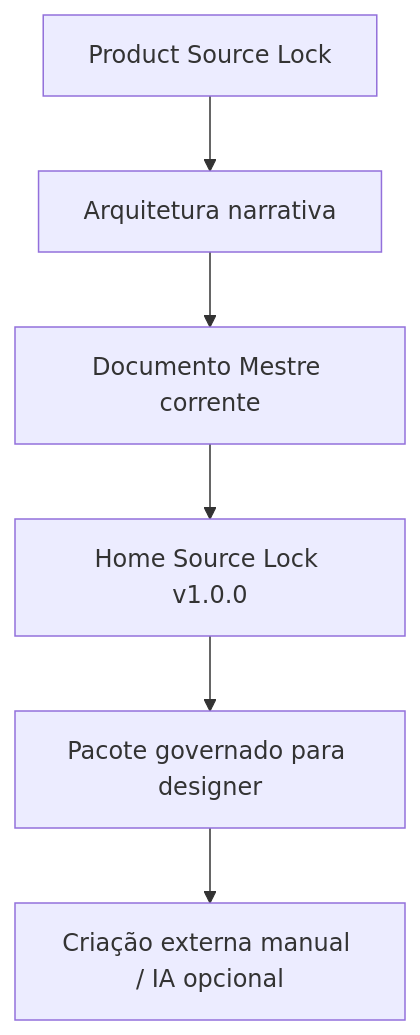
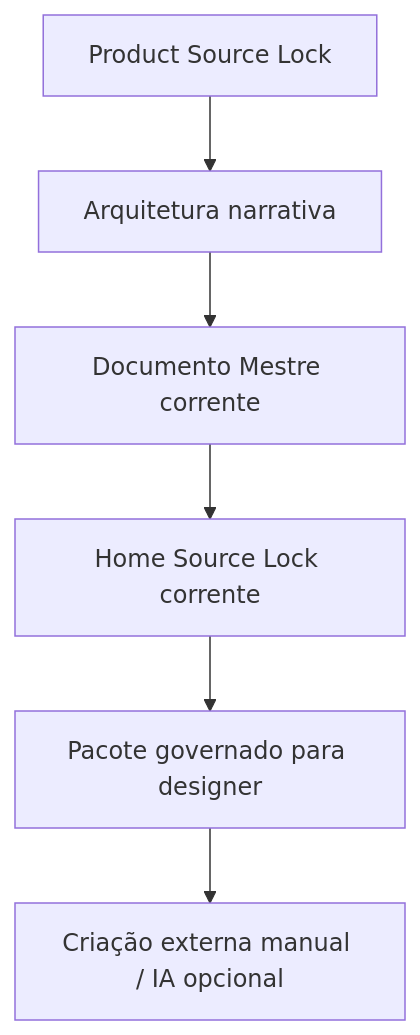
Before and after one commit to guivos-repositorio/Guivos-Knowledge-Repository: the second of 2 diagrams in docs/experience-architecture/public-home-intelligence-master-document.md, drawn with Mermaid. The commit also changed other lines of this file, not shown here.

Commit message:
GKR: remove stale Intelligence Source Lock pin from current Master

````diff
--- a/docs/experience-architecture/public-home-intelligence-master-document.md
+++ b/docs/experience-architecture/public-home-intelligence-master-document.md
@@ -774,8 +775,8 @@
 ```mermaid
 flowchart TD
     P[Product Source Lock] --> A[Arquitetura narrativa]
     A --> M[Documento Mestre corrente]
-    M --> S[Home Source Lock v1.0.0]
+    M --> S[Home Source Lock corrente]
     S --> D[Pacote governado para designer]
     D --> X[Criação externa manual / IA opcional]
 ```
````
